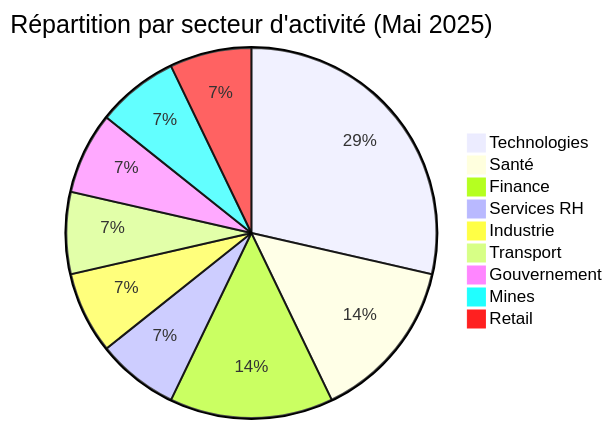
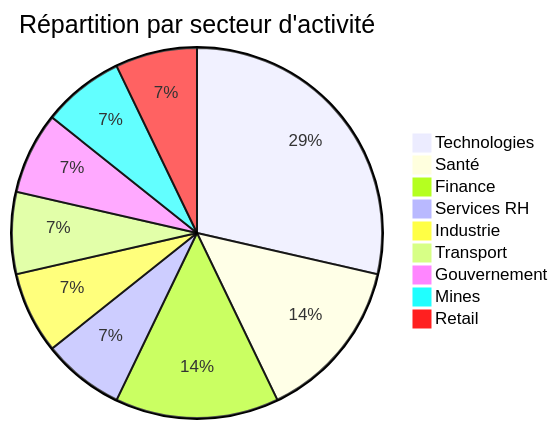
One commit to Hatchepsoute/AFRINTEL changed the second of 4 diagrams in reports/2025/05-may/README_FR.md. Above: the diagram before and after it, drawn with Mermaid. The commit also changed other lines of this file and 1 other file, not shown here.

Commit message:
Rapport CTI : Cyberattaques en Afrique Mai 2025

````diff
--- a/reports/2025/05-may/README_FR.md
+++ b/reports/2025/05-may/README_FR.md
@@ -58,12 +58,12 @@
 ```mermaid
-pie title Répartition par secteur d'activité (Mai 2025)
+pie title Répartition par secteur d'activité
     "Technologies" : 4
     "Santé" : 2
     "Finance" : 2
     "Services RH" : 1
     "Industrie" : 1
     "Transport" : 1
     "Gouvernement" : 1
     "Mines" : 1
     "Retail" : 1
 ```
````
